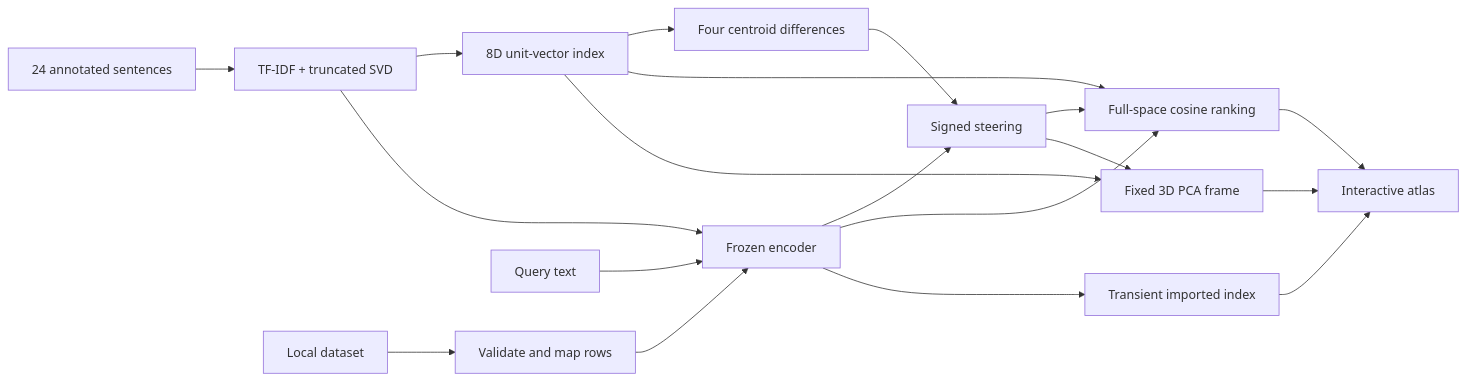
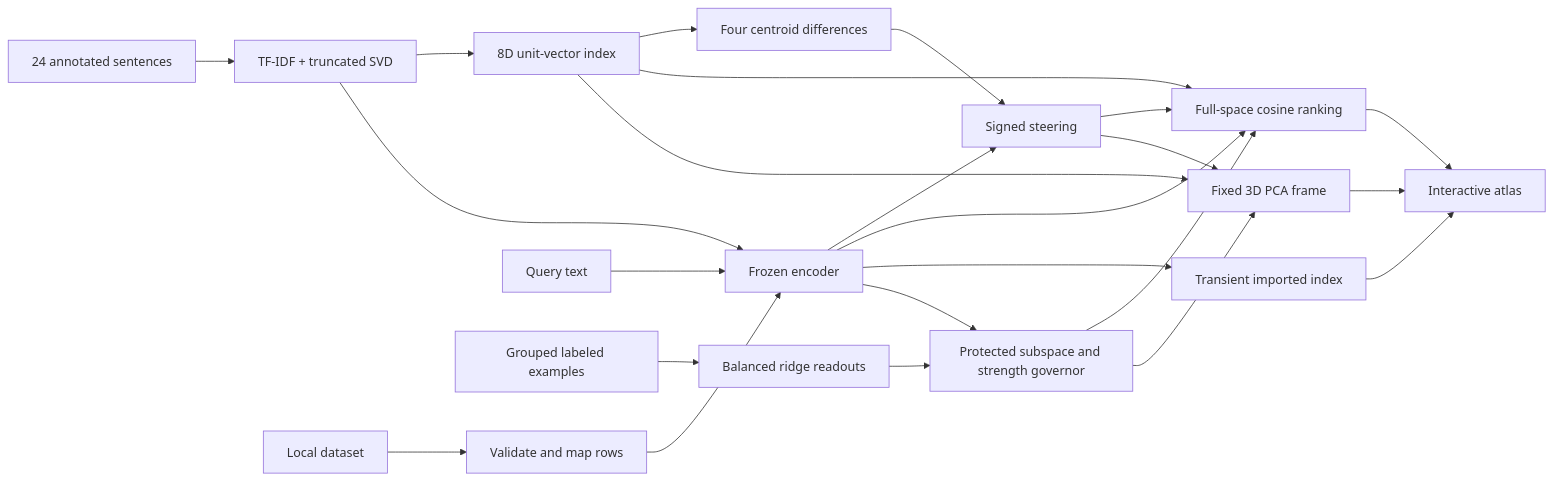
The diagram in README.md (skandamp-sudo/EIDOLON-VECTOR-X), drawn with Mermaid before and after one commit. The commit also changed other lines of this file and 11 other files, not shown here.

````diff
--- a/README.md
+++ b/README.md
@@ -13,21 +13,26 @@
 ```mermaid
 flowchart LR
     Corpus[24 annotated sentences] --> Fit[TF-IDF + truncated SVD]
     Fit --> Index[8D unit-vector index]
     File[Local dataset] --> Parse[Validate and map rows]
     Parse --> Encode
     Text[Query text] --> Encode[Frozen encoder]
     Fit --> Encode
     Index --> Directions[Four centroid differences]
     Encode --> Warp[Signed steering]
     Directions --> Warp
     Encode --> Rank[Full-space cosine ranking]
     Warp --> Rank
     Index --> Rank
     Index --> PCA[Fixed 3D PCA frame]
     Warp --> PCA
     PCA --> UI[Interactive atlas]
     Rank --> UI
     Encode --> Private[Transient imported index]
     Private --> UI
+    Examples[Grouped labeled examples] --> Ridge[Balanced ridge readouts]
+    Ridge --> Lock[Protected subspace and strength governor]
+    Encode --> Lock
+    Lock --> Rank
+    Lock --> PCA
 ```
````
